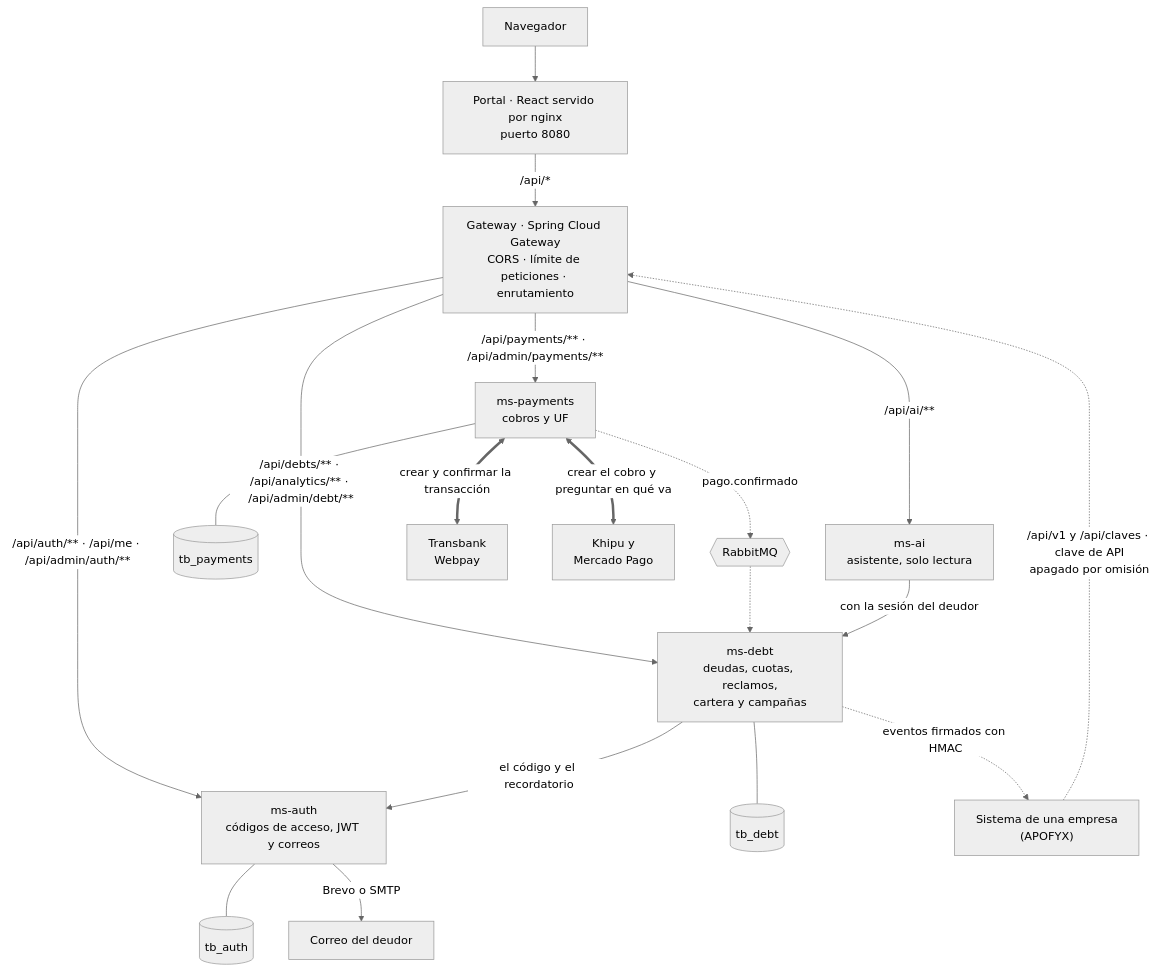
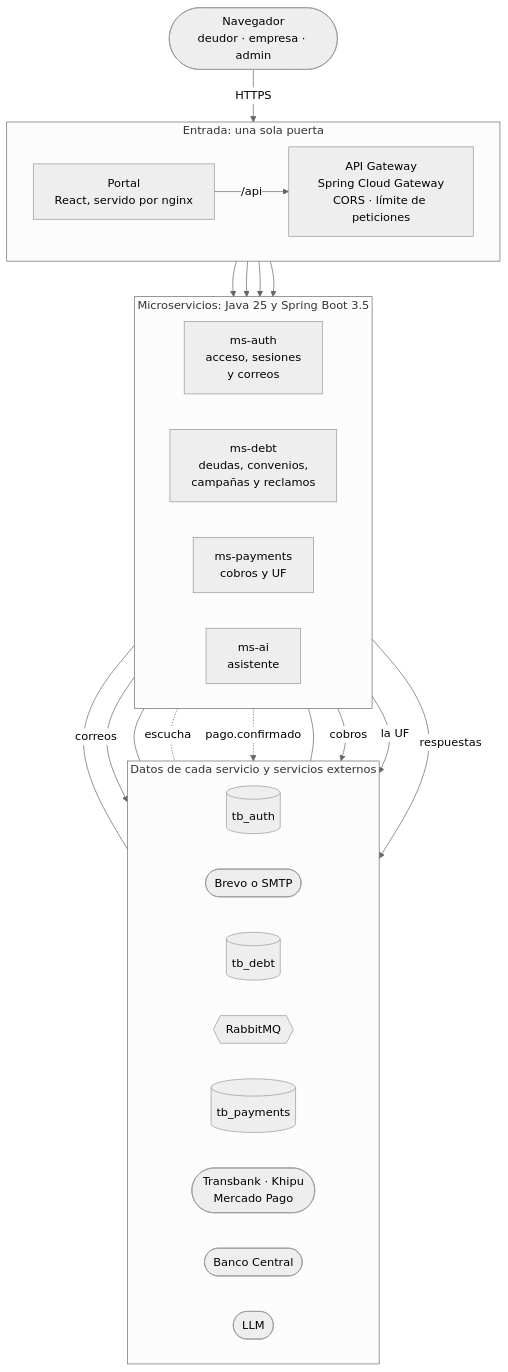
One commit to TechnicalBridge/DataBridge changed the first of 32 diagrams in README.md. Above: the diagram before and after it, drawn with Mermaid (neutral theme). The commit also changed other lines of this file, not shown here.

Commit message:
docs(readme): La arquitectura de microservicios en un diagrama que se lea de un vistazo
- §6 dice que DataBridge es una arquitectura de microservicios y por que: API Gateway, una base por servicio, mensajes asincronos con RabbitMQ y cada servicio con su pom, Dockerfile, workflow y despliegue
- Las capas controller, service y repository quedan como la forma de cada servicio por dentro, no de la solucion
- Diagrama nuevo en franjas: entrada, microservicios, y bajo cada uno su base y lo externo que usa; sin cruces ni rutas
- Las rutas y llaves siguen en §7.1; la entrega por API apagada se nombra con su enlace

Closes #205

````diff
--- a/README.md
+++ b/README.md
@@ -660,25 +661,43 @@
 ```mermaid
-flowchart TD
-    N["Navegador"] --> P["Portal · React servido por nginx<br/>puerto 8080"]
-    P -->|"/api/*"| G["Gateway · Spring Cloud Gateway<br/>CORS · límite de peticiones · enrutamiento"]
+flowchart TB
+    NAV(["Navegador<br/>deudor · empresa · admin"])
 
-    G -->|"/api/auth/** · /api/me · /api/admin/auth/**"| A["ms-auth<br/>códigos de acceso, JWT y correos"]
-    G -->|"/api/debts/** · /api/analytics/** · /api/admin/debt/**"| D["ms-debt<br/>deudas, cuotas, reclamos,<br/>cartera y campañas"]
-    G -->|"/api/payments/** · /api/admin/payments/**"| Y["ms-payments<br/>cobros y UF"]
-    G -->|"/api/ai/**"| I["ms-ai<br/>asistente, solo lectura"]
+    subgraph ENTRADA["Entrada: una sola puerta"]
+        direction LR
+        POR["Portal<br/>React, servido por nginx"]
+        GW["API Gateway<br/>Spring Cloud Gateway<br/>CORS · límite de peticiones"]
+        POR -->|"/api"| GW
+    end
 
-    A --- BA[("tb_auth")]
-    D --- BD[("tb_debt")]
-    Y --- BY[("tb_payments")]
+    subgraph SERVICIOS["Microservicios: Java 25 y Spring Boot 3.5"]
+        direction LR
+        AUTH["ms-auth<br/>acceso, sesiones<br/>y correos"]
+        DEBT["ms-debt<br/>deudas, convenios,<br/>campañas y reclamos"]
+        PAY["ms-payments<br/>cobros y UF"]
+        AI["ms-ai<br/>asistente"]
+    end
 
-    Y -.->|"pago.confirmado"| R{{"RabbitMQ"}}
-    R -.-> D
-    D -->|"el código y el recordatorio"| A
-    A -->|"Brevo o SMTP"| C["Correo del deudor"]
-    I -->|"con la sesión del deudor"| D
-    Y <==>|"crear y confirmar la transacción"| W["Transbank<br/>Webpay"]
-    Y <==>|"crear el cobro y preguntar en qué va"| T["Khipu y<br/>Mercado Pago"]
+    subgraph ABAJO["Datos de cada servicio y servicios externos"]
+        direction LR
+        BA[("tb_auth")]
+        CORREO(["Brevo o SMTP"])
+        BD[("tb_debt")]
+        MQ{{"RabbitMQ"}}
+        BP[("tb_payments")]
+        PAS(["Transbank · Khipu<br/>Mercado Pago"])
+        BC(["Banco Central"])
+        LLM(["LLM"])
+    end
 
-    AP["Sistema de una empresa<br/>(APOFYX)"] -.->|"/api/v1 y /api/claves · clave de API<br/>apagado por omisión"| G
-    D -.->|"eventos firmados con HMAC"| AP
+    NAV -->|"HTTPS"| POR
+    GW --> AUTH & DEBT & PAY & AI
+    AUTH --- BA
+    AUTH -->|"correos"| CORREO
+    DEBT --- BD
+    DEBT -.-|"escucha"| MQ
+    PAY -.->|"pago.confirmado"| MQ
+    PAY --- BP
+    PAY -->|"cobros"| PAS
+    PAY -->|"la UF"| BC
+    AI -->|"respuestas"| LLM
 ```
````
